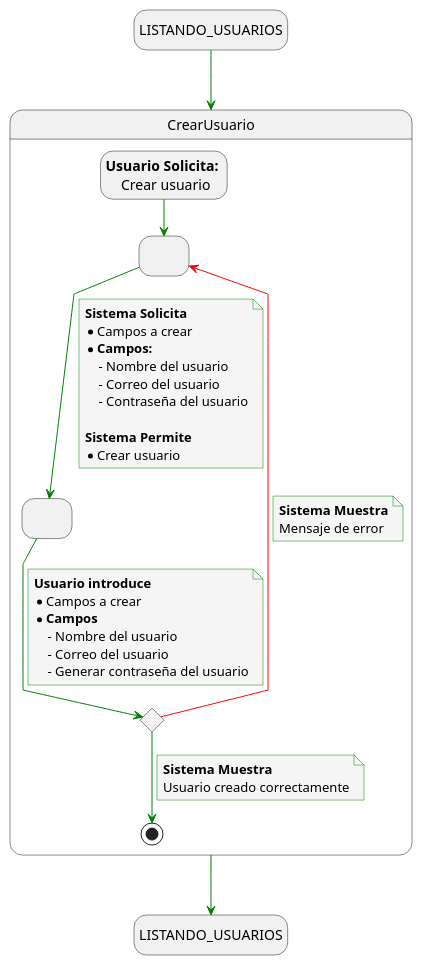
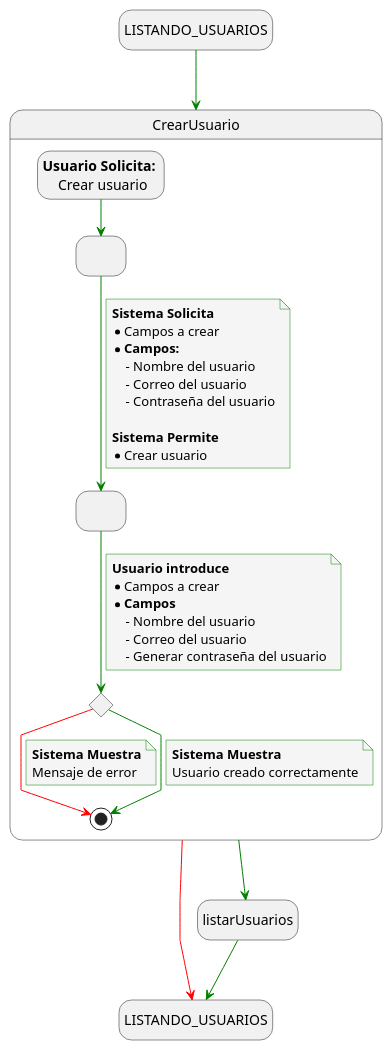
Before and after one commit to mmasias/24-25-IdSw1-SDR: the diagram in docs/casosDeUso/detalladoCasosDeUso/detalladoUsuarios/detalladoCrearUsuario.puml, drawn with PlantUML. The commit also changed 17 other files, not shown here.

Commit message:
Actualizar diagramas de casos de uso para redirigir a abrirDashboard y corregir transiciones de estado

```diff
--- a/docs/casosDeUso/detalladoCasosDeUso/detalladoUsuarios/detalladoCrearUsuario.puml
+++ b/docs/casosDeUso/detalladoCasosDeUso/detalladoUsuarios/detalladoCrearUsuario.puml
@@ -1,61 +1,63 @@
 @startuml crear_usuario
 
 skinparam {
   NoteBackgroundColor #whiteSmoke
   ArrowColor #green
   NoteBorderColor #green
   linetype polyline
 }
 
 hide empty description
 
 state startState as "LISTANDO_USUARIOS"
 state endState as "LISTANDO_USUARIOS"
 
 startState --> CrearUsuario
-CrearUsuario --> endState
+CrearUsuario --> listarUsuarios
+listarUsuarios --> endState
+CrearUsuario -[#red]> endState
 
 state CrearUsuario {
     state solicitudCrearUsuario as " "
     state envioCrearUsuario as " "
     state revisionCrearUsuario <<choice>>
     state usuarioSolicita as "<b>Usuario Solicita:</b> \n Crear usuario"
 
     usuarioSolicita --> solicitudCrearUsuario
     solicitudCrearUsuario --> envioCrearUsuario
     note on link
         <b>Sistema Solicita</b>
         * Campos a crear
         * <b>Campos:</b>
             - Nombre del usuario
             - Correo del usuario
             - Contraseña del usuario
 
         <b>Sistema Permite</b>
         * Crear usuario
     end note
 
     envioCrearUsuario --> revisionCrearUsuario
     note on link
         <b>Usuario introduce</b>
         * Campos a crear
         * <b>Campos</b>
             - Nombre del usuario
             - Correo del usuario
             - Generar contraseña del usuario
     end note
 
-    revisionCrearUsuario -[#red]-> solicitudCrearUsuario
+    revisionCrearUsuario -[#red]-> [*]
     note on link
         <b>Sistema Muestra</b>
         Mensaje de error
     end note
 
    revisionCrearUsuario --> [*]
     note on link
         <b>Sistema Muestra</b>
         Usuario creado correctamente
     end note
 }
 
 @enduml
```
